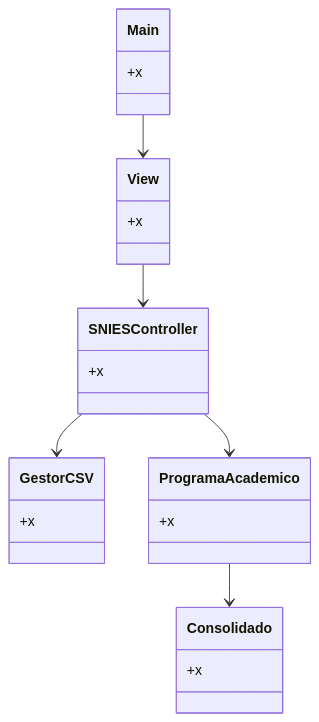
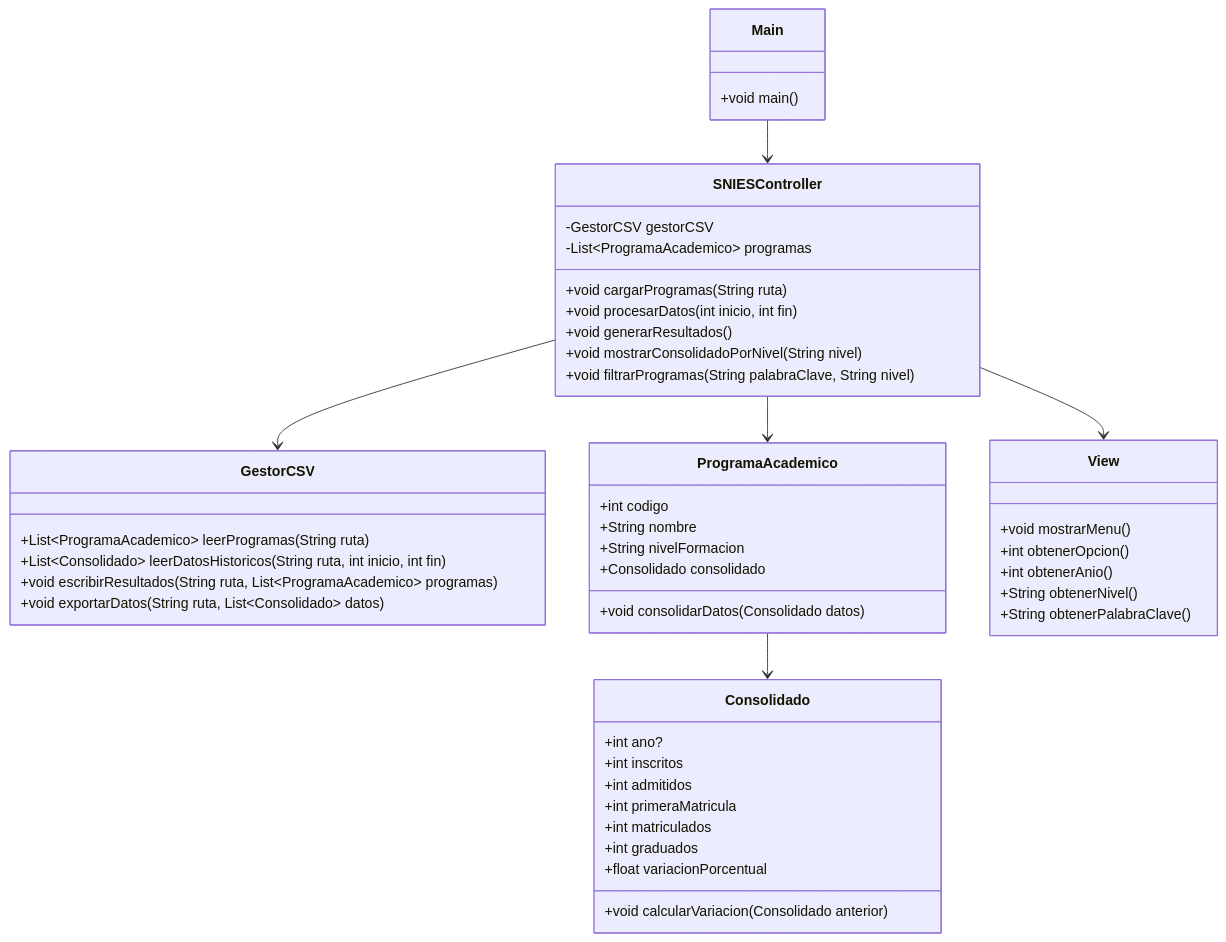
Before and after one commit to dacru0605/hola: the diagram in prueba.mmd, drawn with Mermaid.

```diff
--- a/prueba.mmd
+++ b/prueba.mmd
@@ -1,30 +1,54 @@
 classDiagram
     class Main {
-        +x
+        +void main()
     }
 
     class SNIESController {
-        +x
+        -GestorCSV gestorCSV
+        -List~ProgramaAcademico~ programas
+        +void cargarProgramas(String ruta)
+        +void procesarDatos(int inicio, int fin)
+        +void generarResultados()
+        +void mostrarConsolidadoPorNivel(String nivel)
+        +void filtrarProgramas(String palabraClave, String nivel)
     }
 
     class GestorCSV {
-        +x
+        +List~ProgramaAcademico~ leerProgramas(String ruta)
+        +List~Consolidado~ leerDatosHistoricos(String ruta, int inicio, int fin)
+        +void escribirResultados(String ruta, List~ProgramaAcademico~ programas)
+        +void exportarDatos(String ruta, List~Consolidado~ datos)
     }
 
     class ProgramaAcademico {
-        +x
+        +int codigo
+        +String nombre
+        +String nivelFormacion
+        +Consolidado consolidado
+        +void consolidarDatos(Consolidado datos)
     }
 
     class Consolidado {
-        +x
+        +int ano?
+        +int inscritos
+        +int admitidos
+        +int primeraMatricula
+        +int matriculados
+        +int graduados
+        +float variacionPorcentual
+        +void calcularVariacion(Consolidado anterior)
     }
 
     class View {
-        +x
+        +void mostrarMenu()
+        +int obtenerOpcion()
+        +int obtenerAnio()
+        +String obtenerNivel()
+        +String obtenerPalabraClave()
     }
 
-    Main --> View
+    Main --> SNIESController
     SNIESController --> GestorCSV
     SNIESController --> ProgramaAcademico
     ProgramaAcademico --> Consolidado
-    View --> SNIESController
+    SNIESController --> View
```
